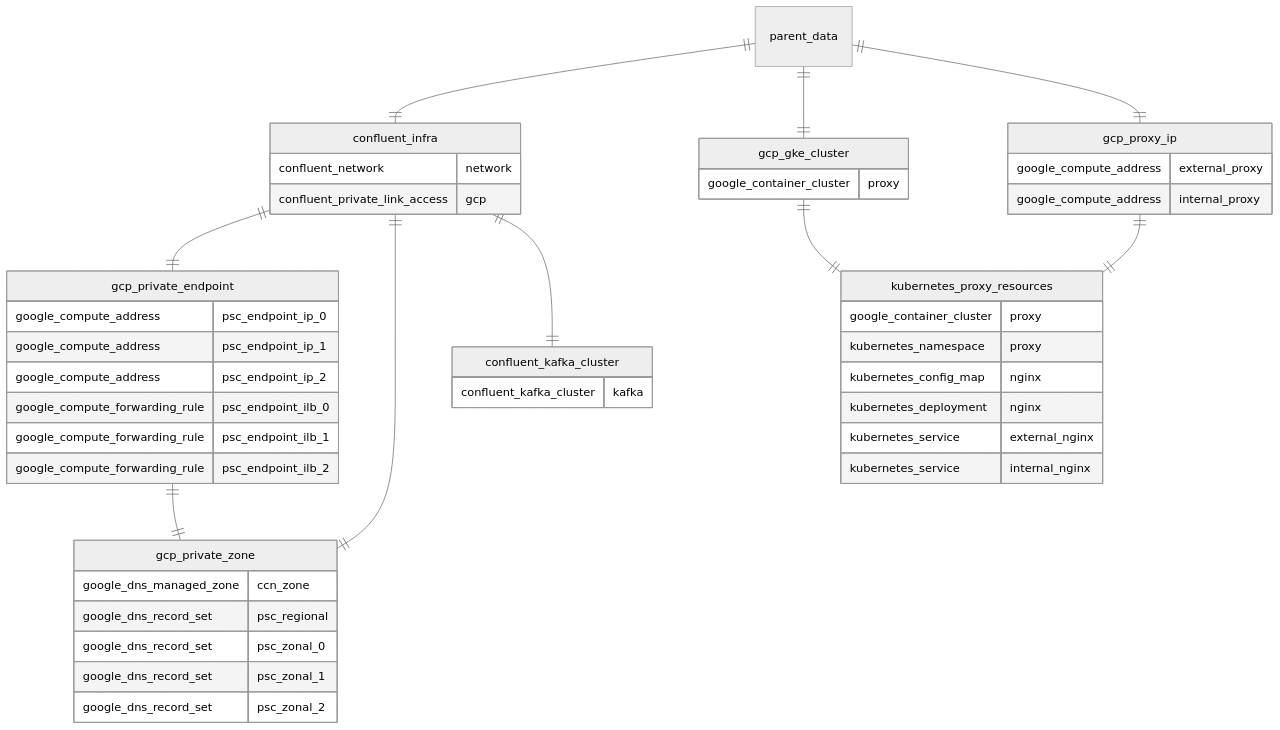
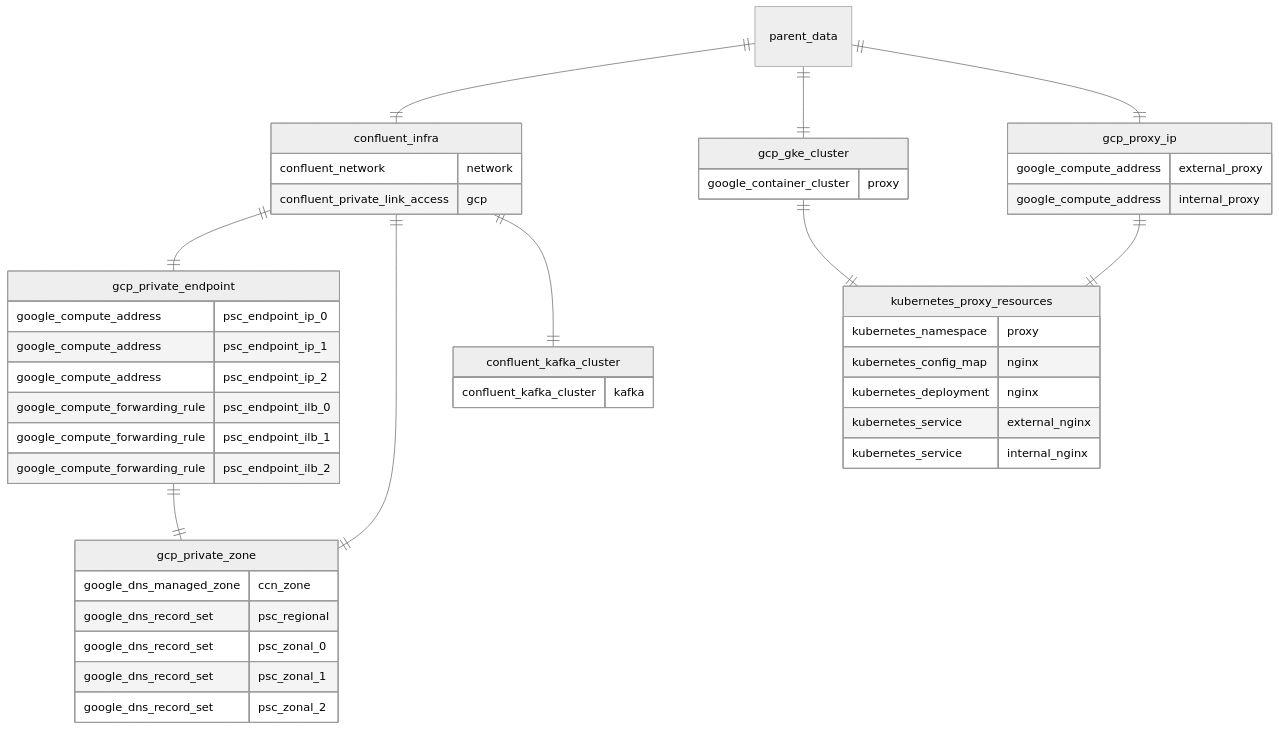
Before and after one commit to justinrlee/terraform-templates: the diagram in cloud-networking/gcp-psc/region_template/README.md, drawn with Mermaid.

````diff
--- a/cloud-networking/gcp-psc/region_template/README.md
+++ b/cloud-networking/gcp-psc/region_template/README.md
@@ -44,58 +44,57 @@
 ```mermaid
 %%{init: {"theme": "neutral", "logLevel": 1 }}%%
 erDiagram
     parent_data ||--|| confluent_infra: ""
     parent_data ||--|| gcp_gke_cluster: ""
     parent_data ||--|| gcp_proxy_ip: ""
     confluent_infra ||--|| gcp_private_endpoint: ""
     confluent_infra ||--|| gcp_private_zone: ""
     confluent_infra ||--|| confluent_kafka_cluster: ""
     gcp_gke_cluster ||--|| kubernetes_proxy_resources: ""
     gcp_private_endpoint ||--|| gcp_private_zone: ""
     gcp_proxy_ip ||--|| kubernetes_proxy_resources: ""
 
     confluent_infra {
       confluent_network network
       confluent_private_link_access gcp
     }
 
     confluent_kafka_cluster {
       confluent_kafka_cluster kafka
     }
 
     gcp_gke_cluster {
       google_container_cluster proxy
     }
 
     gcp_private_endpoint {
       google_compute_address psc_endpoint_ip_0
       google_compute_address psc_endpoint_ip_1
       google_compute_address psc_endpoint_ip_2
       google_compute_forwarding_rule psc_endpoint_ilb_0
       google_compute_forwarding_rule psc_endpoint_ilb_1
       google_compute_forwarding_rule psc_endpoint_ilb_2
     }
 
     gcp_proxy_ip {
       google_compute_address external_proxy
       google_compute_address internal_proxy
     }
 
     gcp_private_zone {
       google_dns_managed_zone ccn_zone
       google_dns_record_set psc_regional
       google_dns_record_set psc_zonal_0
       google_dns_record_set psc_zonal_1
       google_dns_record_set psc_zonal_2
     }
     kubernetes_proxy_resources {
-      google_container_cluster proxy
       kubernetes_namespace proxy
       kubernetes_config_map nginx
       kubernetes_deployment nginx
       kubernetes_service external_nginx
       kubernetes_service internal_nginx
     }
 
 
 ```
````
